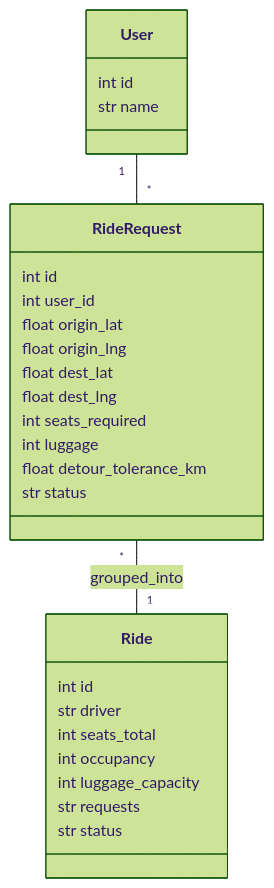
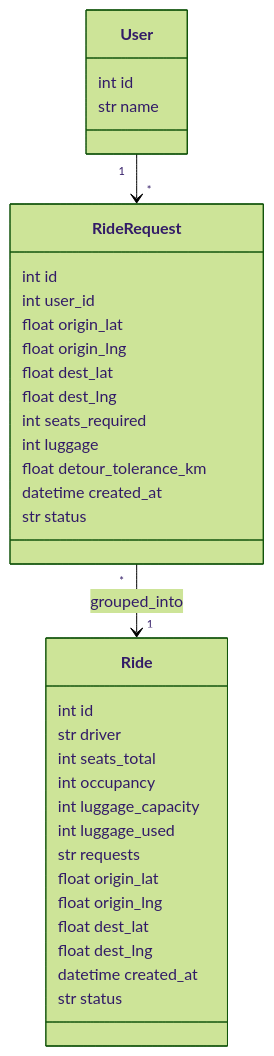
The first of 2 diagrams in README.md (Kshitijkrojha/Hintro_assignment), drawn with Mermaid (forest theme) before and after one commit. The commit also changed other lines of this file and 12 other files, not shown here.

````diff
--- a/README.md
+++ b/README.md
@@ -62,30 +152,37 @@
 ```mermaid
 classDiagram
-    class User{
+    class User {
         int id
         str name
     }
-    class RideRequest{
+    class RideRequest {
         int id
         int user_id
         float origin_lat
         float origin_lng
         float dest_lat
         float dest_lng
         int seats_required
         int luggage
         float detour_tolerance_km
+        datetime created_at
         str status
     }
-    class Ride{
+    class Ride {
         int id
         str driver
         int seats_total
         int occupancy
         int luggage_capacity
+        int luggage_used
         str requests
+        float origin_lat
+        float origin_lng
+        float dest_lat
+        float dest_lng
+        datetime created_at
         str status
     }
-    User "1" -- "*" RideRequest
-    RideRequest "*" -- "1" Ride : grouped_into
+    User "1" --> "*" RideRequest
+    RideRequest "*" --> "1" Ride : grouped_into
 ```
````
